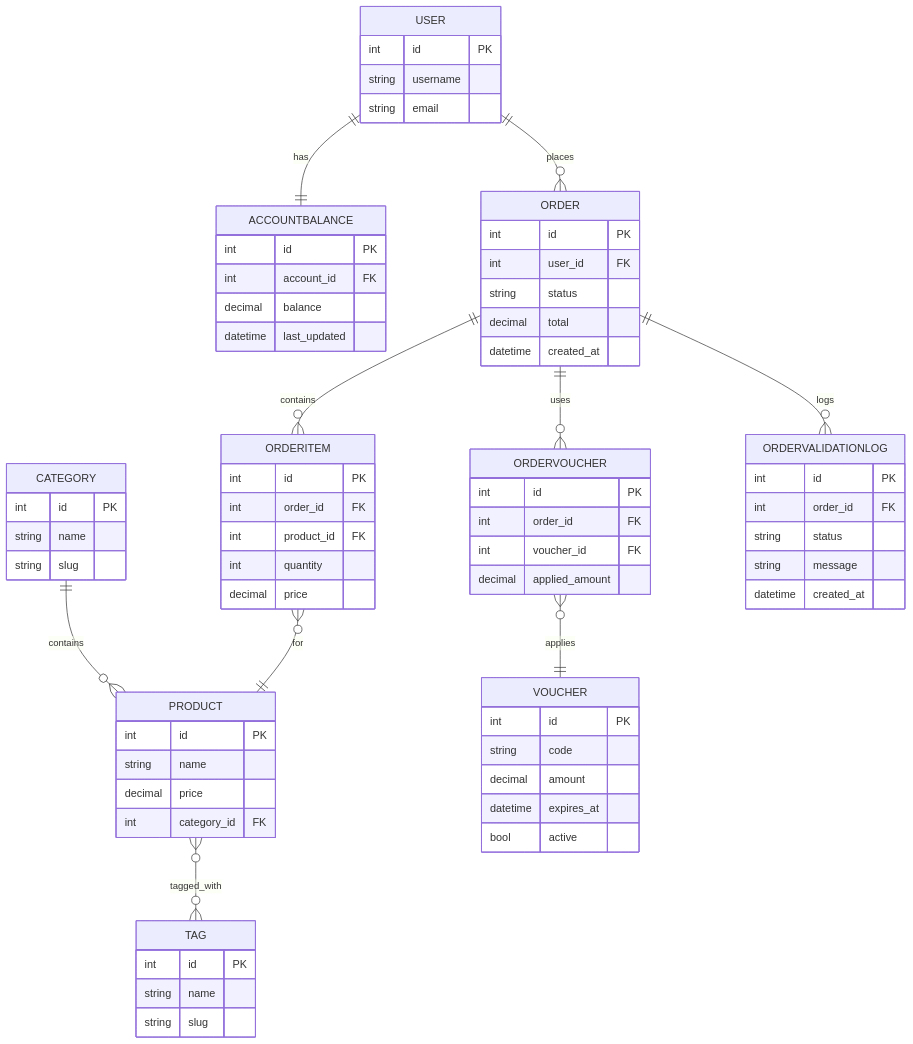
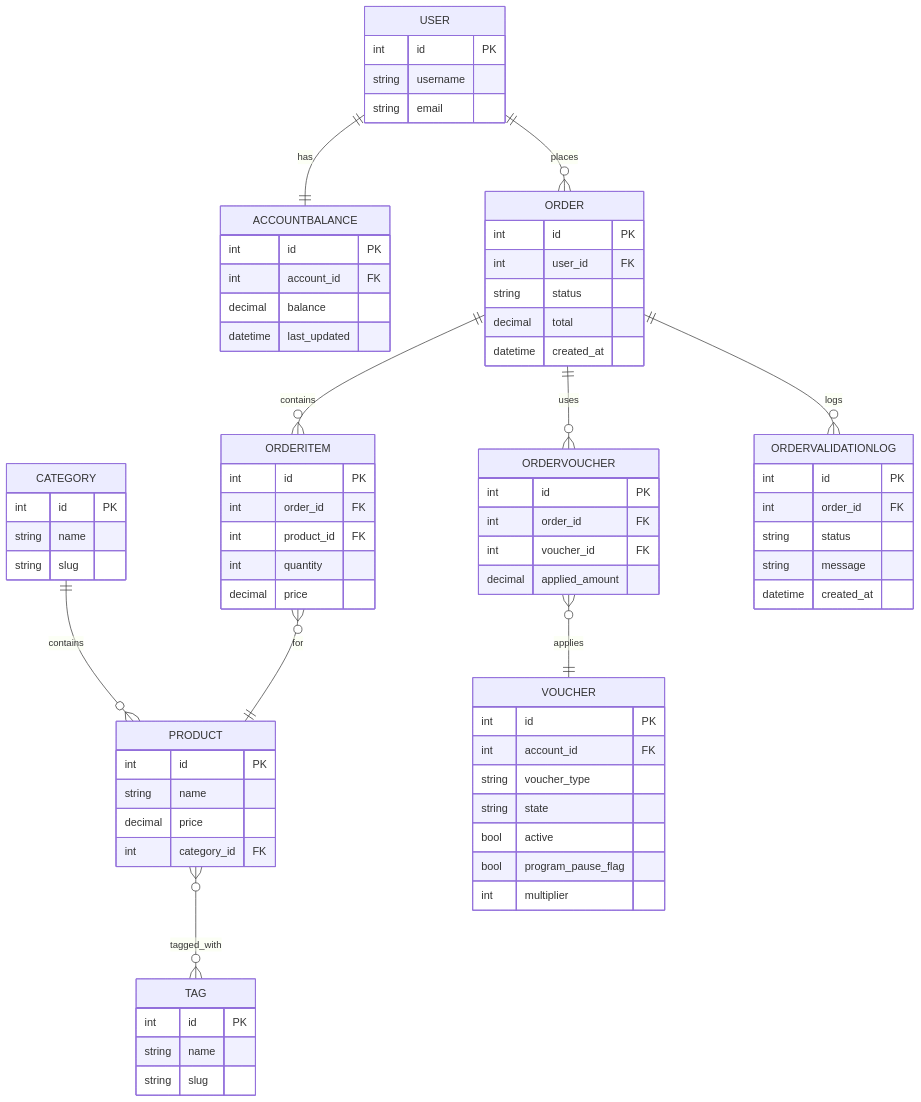
One commit to ryanparrish/basketful_app changed the first of 2 diagrams in docs/ARCHITECTURE.md. Above: the diagram before and after it, drawn with Mermaid. The commit also changed other lines of this file and 29 other files, not shown here.

````diff
--- a/docs/ARCHITECTURE.md
+++ b/docs/ARCHITECTURE.md
@@ -49,78 +57,80 @@
 ```mermaid
 erDiagram
 	USER {
 		int id PK
 		string username
 		string email
 	}
 	ACCOUNTBALANCE {
 		int id PK
 		int account_id FK
 		decimal balance
 		datetime last_updated
 	}
 	CATEGORY {
 		int id PK
 		string name
 		string slug
 	}
 	PRODUCT {
 		int id PK
 		string name
 		decimal price
 		int category_id FK
 	}
 	TAG {
 		int id PK
 		string name
 		string slug
 	}
 	ORDER {
 		int id PK
 		int user_id FK
 		string status
 		decimal total
 		datetime created_at
 	}
 	ORDERITEM {
 		int id PK
 		int order_id FK
 		int product_id FK
 		int quantity
 		decimal price
 	}
 	VOUCHER {
 		int id PK
-		string code
-		decimal amount
-		datetime expires_at
+		int account_id FK
+		string voucher_type
+		string state
 		bool active
+		bool program_pause_flag
+		int multiplier
 	}
 	ORDERVOUCHER {
 		int id PK
 		int order_id FK
 		int voucher_id FK
 		decimal applied_amount
 	}
 	ORDERVALIDATIONLOG {
 		int id PK
 		int order_id FK
 		string status
 		string message
 		datetime created_at
 	}
 
 	USER ||--o{ ORDER : places
 	USER ||--|| ACCOUNTBALANCE : has
 
 	CATEGORY ||--o{ PRODUCT : contains
 	PRODUCT }o--o{ TAG : tagged_with
 
 	ORDER ||--o{ ORDERITEM : contains
 	ORDERITEM }o--|| PRODUCT : "for"
 
 	ORDER ||--o{ ORDERVOUCHER : uses
 	ORDERVOUCHER }o--|| VOUCHER : applies
 
 	ORDER ||--o{ ORDERVALIDATIONLOG : logs
 ```
````
